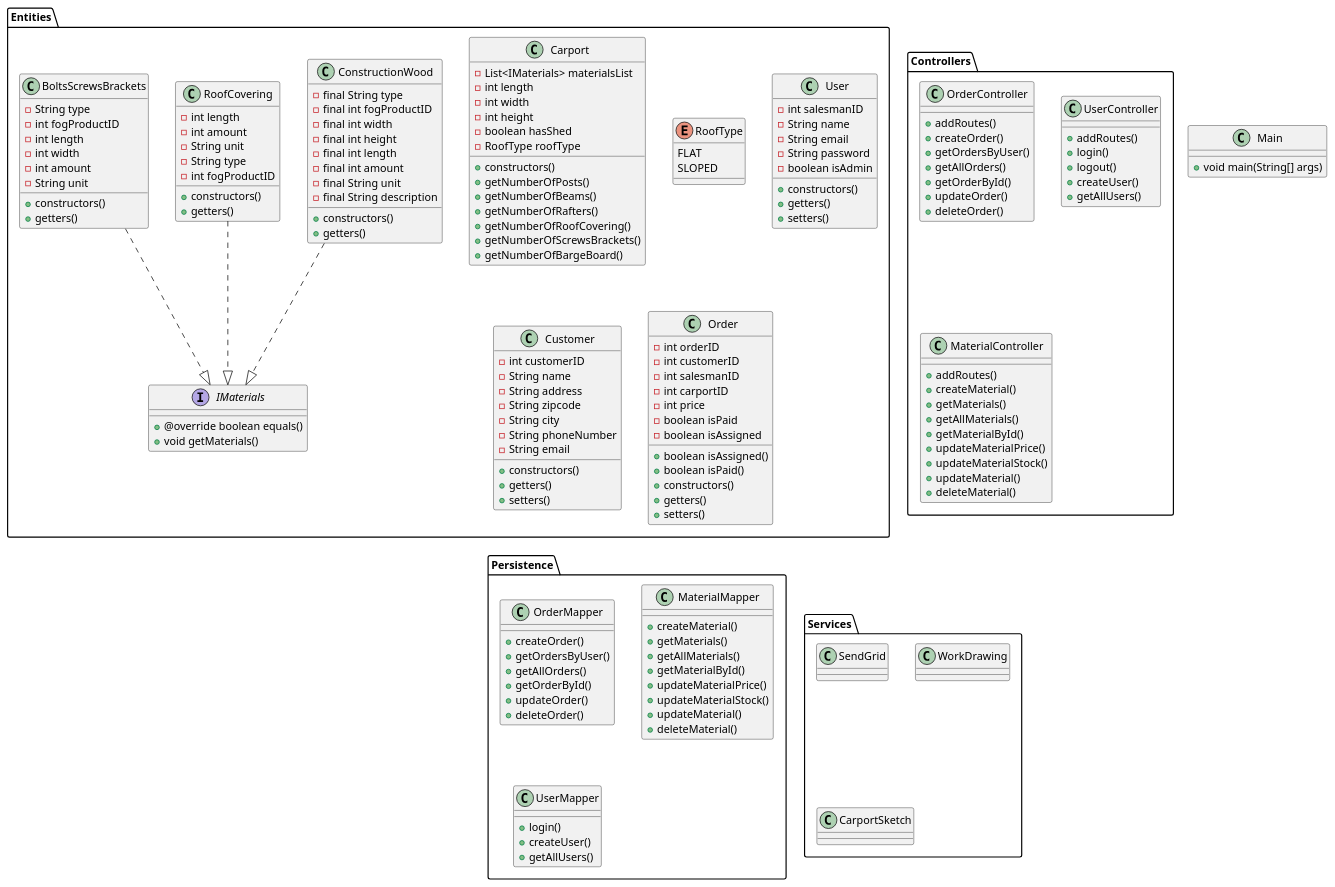
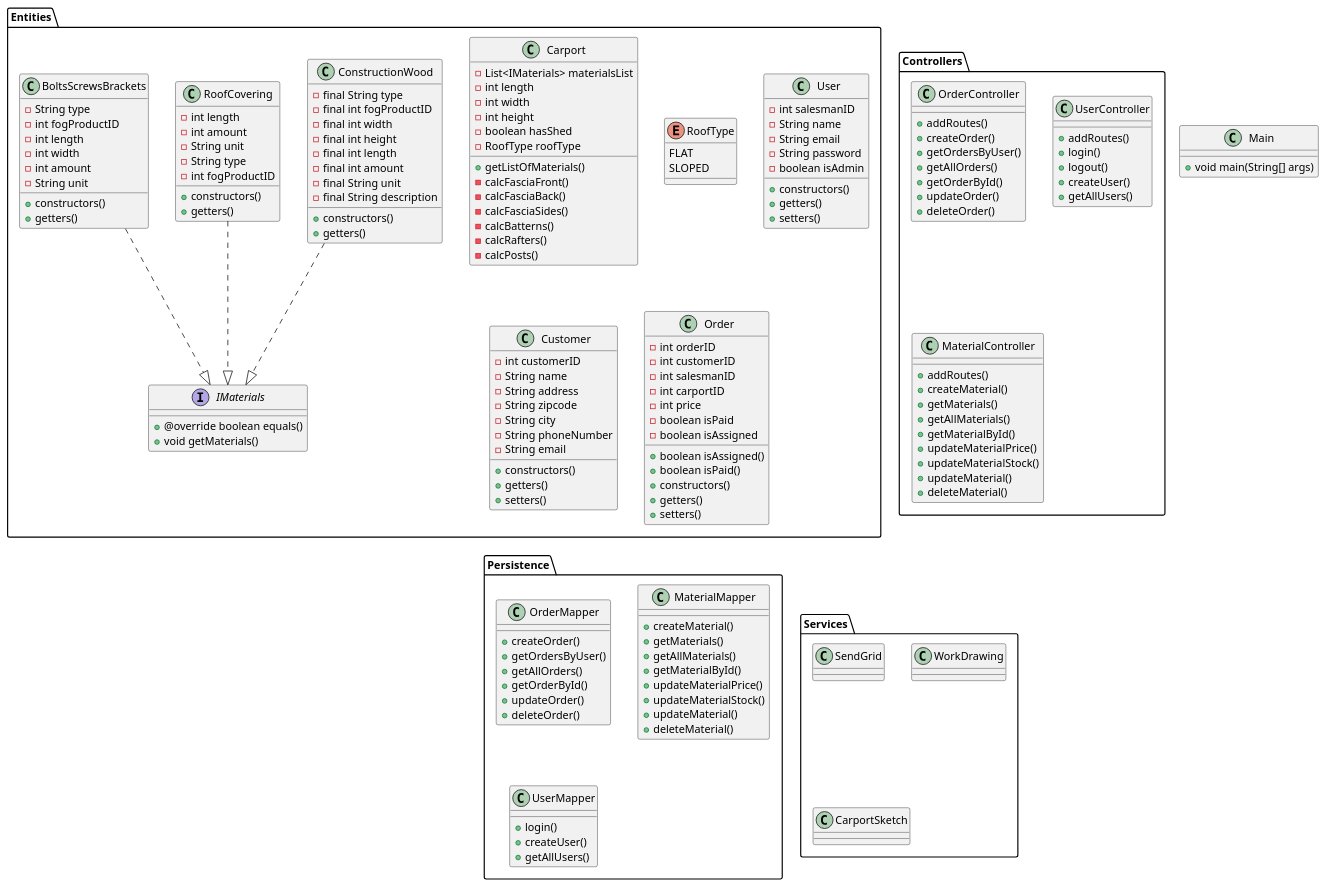
The diagram in docs/ClassDiagram.puml (AndyTheDragon/Fog-projektet), drawn with PlantUML before and after one commit.

Commit message:
updated carport methods

```diff
--- a/docs/ClassDiagram.puml
+++ b/docs/ClassDiagram.puml
@@ -1,190 +1,191 @@
 @startuml
 'https://plantuml.com/class-diagram
 
 class Main
 {
     + void main(String[] args)
 }
 
 
 package "Entities" {
 interface IMaterials
 {
 
 + @override boolean equals()
 + void getMaterials()
+
 }
 
 class Carport
 {
 - List<IMaterials> materialsList
 -int length
 -int width
 -int height
 -boolean hasShed
 -RoofType roofType
-+ constructors()
-+ getNumberOfPosts()
-+ getNumberOfBeams()
-+ getNumberOfRafters()
-+ getNumberOfRoofCovering()
-+ getNumberOfScrewsBrackets()
-+ getNumberOfBargeBoard()
++ getListOfMaterials()
+- calcFasciaFront()
+- calcFasciaBack()
+- calcFasciaSides()
+- calcBatterns()
+- calcRafters()
+- calcPosts()
 }
 enum RoofType
 {
     FLAT
     SLOPED
 }
 
 class User
 {
 - int salesmanID
 - String name
 - String email
 - String password
 - boolean isAdmin
 + constructors()
 + getters()
 + setters()
 }
 class Customer
 {
 - int customerID
 - String name
 - String address
 - String zipcode
 - String city
 - String phoneNumber
 - String email
 + constructors()
 + getters()
 + setters()
 
 
 }
 class Order
 {
 - int orderID
 - int customerID
 - int salesmanID
 - int carportID
 - int price
 - boolean isPaid
 - boolean isAssigned
 + boolean isAssigned()
 + boolean isPaid()
 + constructors()
 + getters()
 + setters()
 }
 class ConstructionWood
 {
 - final String type
 - final int fogProductID
 - final int width
 - final int height
 - final int length
 - final int amount
 - final String unit
 - final String description
 + constructors()
 + getters()
 }
 class RoofCovering
 {
 - int length
 - int amount
 - String unit
 - String type
 - int fogProductID
 + constructors()
 + getters()
 }
 class BoltsScrewsBrackets
 {
 - String type
 - int fogProductID
 - int length
 - int width
 - int amount
 - String unit
 + constructors()
 + getters()
 
 
 }
 }
 package "Controllers" {
     class OrderController
     {
     + addRoutes()
     + createOrder()
     + getOrdersByUser()
     + getAllOrders()
     + getOrderById()
     + updateOrder()
     + deleteOrder()
     }
     class UserController
     {
     + addRoutes()
     + login()
     + logout()
     + createUser()
     + getAllUsers()
     }
     class MaterialController
     {
     + addRoutes()
     + createMaterial()
     + getMaterials()
     + getAllMaterials()
     + getMaterialById()
     + updateMaterialPrice()
     + updateMaterialStock()
     + updateMaterial()
     + deleteMaterial()
    }
 }
 package "Persistence" {
     class OrderMapper
     {
         + createOrder()
         + getOrdersByUser()
         + getAllOrders()
         + getOrderById()
         + updateOrder()
         + deleteOrder()
     }
     class MaterialMapper
     {
         + createMaterial()
         + getMaterials()
         + getAllMaterials()
         + getMaterialById()
         + updateMaterialPrice()
         + updateMaterialStock()
         + updateMaterial()
         + deleteMaterial()
     }
     class UserMapper
     {
         + login()
         + createUser()
         + getAllUsers()
     }
     }
 
 package "Services" {
 class SendGrid{}
 class WorkDrawing{}
 class CarportSketch{}
 }
 
 ConstructionWood ..|> IMaterials
 RoofCovering ..|> IMaterials
 BoltsScrewsBrackets ..|> IMaterials
 
 
 @enduml
```
